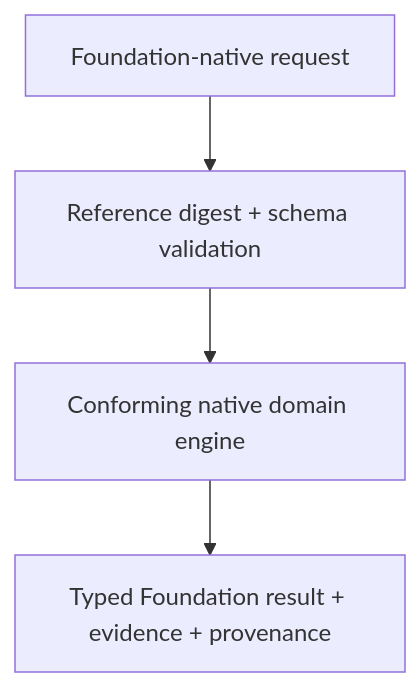
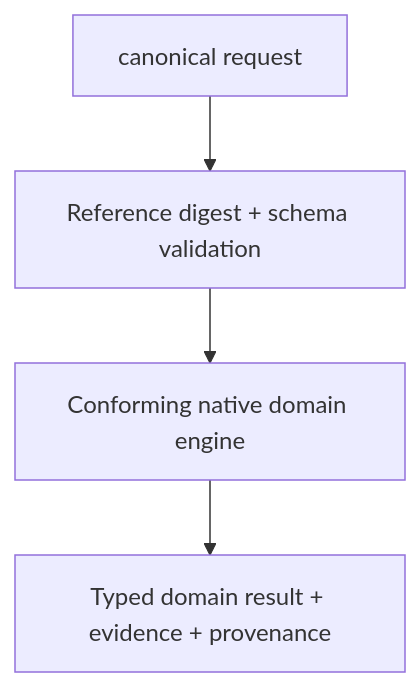
The diagram in INTERFACES.md (1amageek/LogicEngine), drawn with Mermaid before and after one commit. The commit also changed other lines of this file and 78 other files, not shown here.

````diff
--- a/INTERFACES.md
+++ b/INTERFACES.md
@@ -106,6 +102,6 @@
 ```mermaid
 flowchart TD
-    Request["Foundation-native request"] --> Verify["Reference digest + schema validation"]
+    Request["canonical request"] --> Verify["Reference digest + schema validation"]
     Verify --> Native["Conforming native domain engine"]
-    Native --> Result["Typed Foundation result + evidence + provenance"]
+    Native --> Result["Typed domain result + evidence + provenance"]
 ```
````
